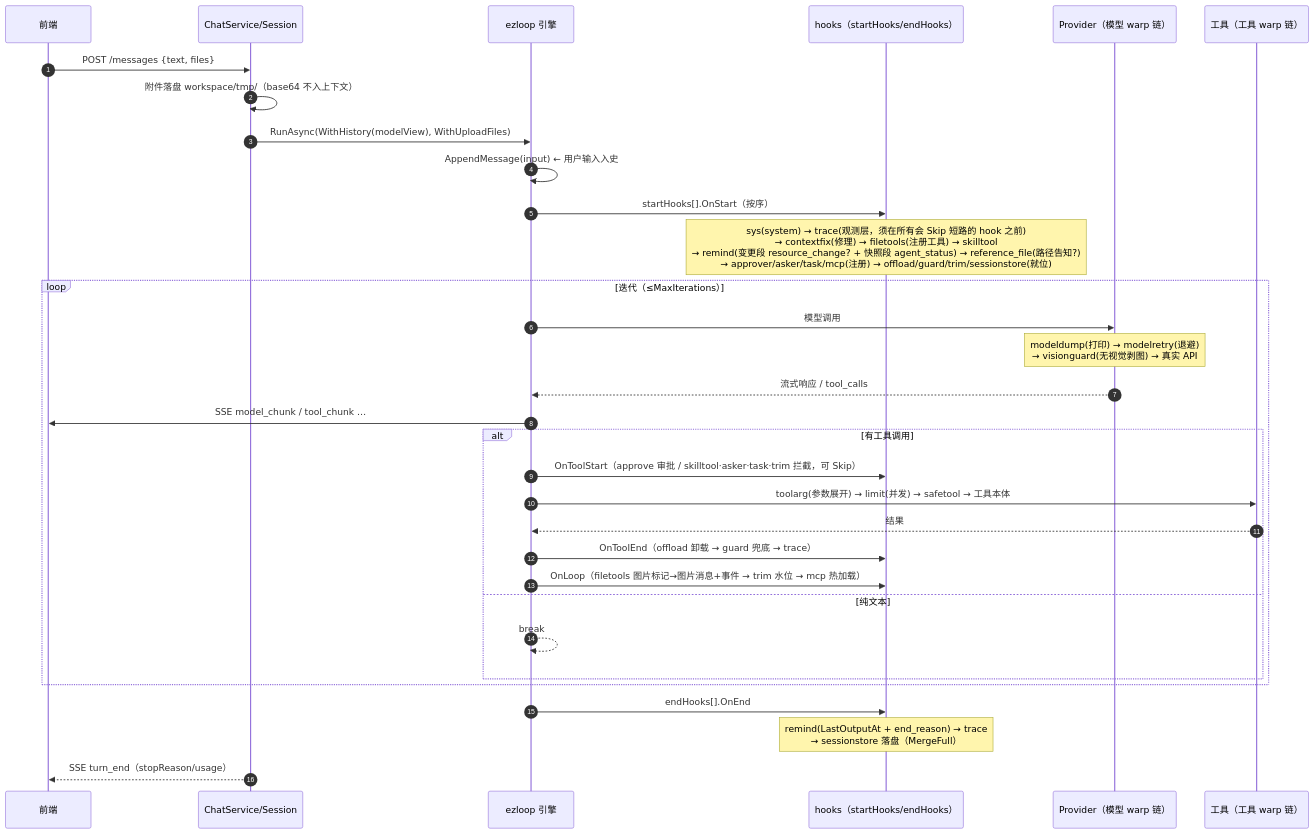
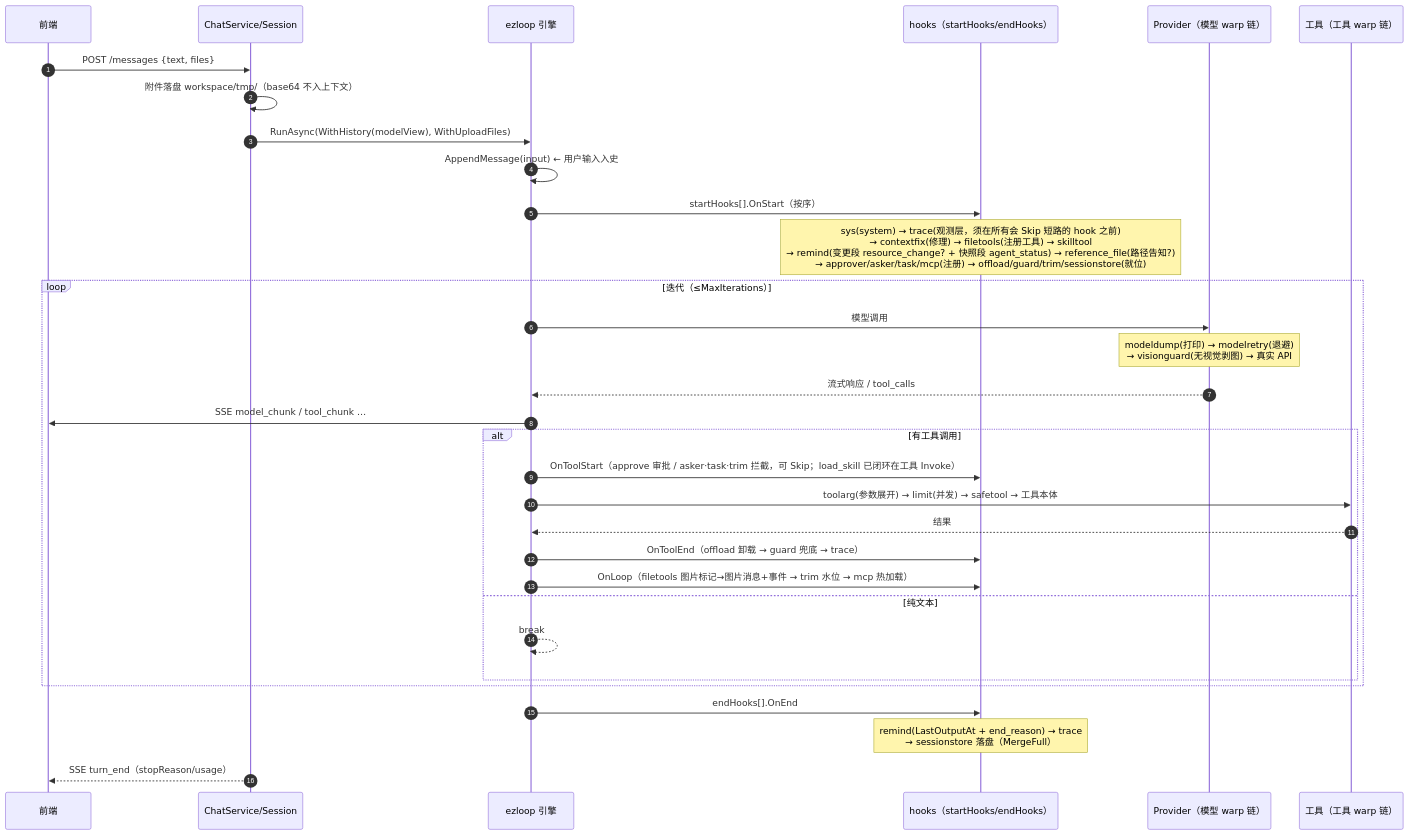
Before and after one commit to xuanlv2002/ezharness: the first of 3 diagrams in docs/md/runtime.md, drawn with Mermaid. The commit also changed other lines of this file and 15 other files, not shown here.

````diff
--- a/docs/md/runtime.md
+++ b/docs/md/runtime.md
@@ -7,38 +7,38 @@
 ```mermaid
 sequenceDiagram
     autonumber
     participant FE as 前端
     participant CS as ChatService/Session
     participant E as ezloop 引擎
     participant HK as hooks（startHooks/endHooks）
     participant P as Provider（模型 warp 链）
     participant T as 工具（工具 warp 链）
 
     FE->>CS: POST /messages {text, files}
     CS->>CS: 附件落盘 workspace/tmp/（base64 不入上下文）
     CS->>E: RunAsync(WithHistory(modelView), WithUploadFiles)
 
     E->>E: AppendMessage(input)  ← 用户输入入史
     E->>HK: startHooks[].OnStart（按序）
     Note over HK: sys(system) → trace(观测层，须在所有会 Skip 短路的 hook 之前)<br/>→ contextfix(修理) → filetools(注册工具) → skilltool<br/>→ remind(变更段 resource_change? + 快照段 agent_status) → reference_file(路径告知?)<br/>→ approver/asker/task/mcp(注册) → offload/guard/trim/sessionstore(就位)
 
     loop 迭代（≤MaxIterations）
         E->>P: 模型调用
         Note over P: modeldump(打印) → modelretry(退避)<br/>→ visionguard(无视觉剥图) → 真实 API
         P-->>E: 流式响应 / tool_calls
         E->>FE: SSE model_chunk / tool_chunk …
         alt 有工具调用
-            E->>HK: OnToolStart（approve 审批 / skilltool·asker·task·trim 拦截，可 Skip）
+            E->>HK: OnToolStart（approve 审批 / asker·task·trim 拦截，可 Skip；load_skill 已闭环在工具 Invoke）
             E->>T: toolarg(参数展开) → limit(并发) → safetool → 工具本体
             T-->>E: 结果
             E->>HK: OnToolEnd（offload 卸载 → guard 兜底 → trace）
             E->>HK: OnLoop（filetools 图片标记→图片消息+事件 → trim 水位 → mcp 热加载）
         else 纯文本
             E-->>E: break
         end
     end
 
     E->>HK: endHooks[].OnEnd
     Note over HK: remind(LastOutputAt + end_reason) → trace<br/>→ sessionstore 落盘（MergeFull）
     CS-->>FE: SSE turn_end（stopReason/usage）
 ```
````
